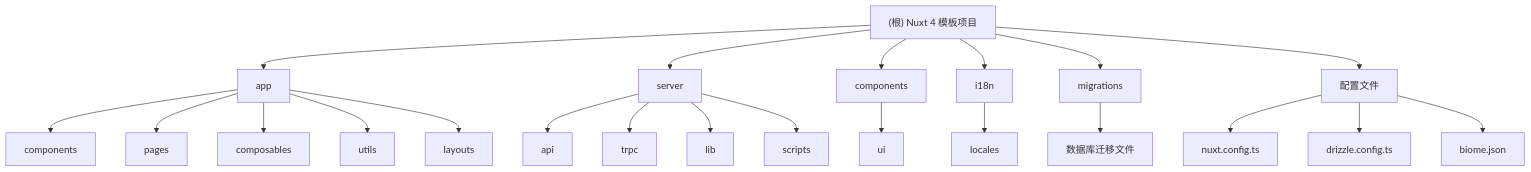
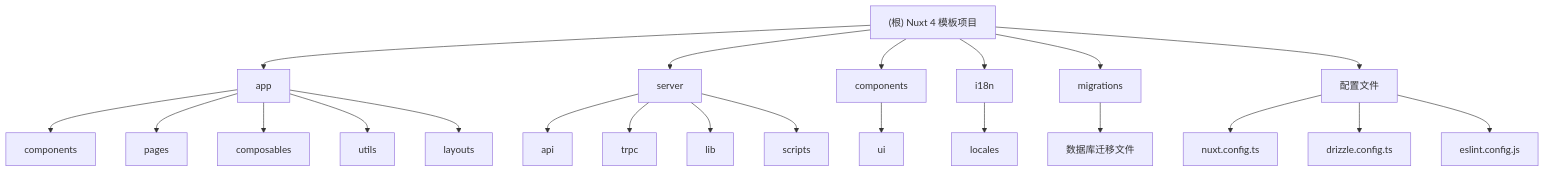
Before and after one commit to IceHugh/nuxt-template: the diagram in CLAUDE.md, drawn with Mermaid. The commit also changed other lines of this file, not shown here.

````diff
--- a/CLAUDE.md
+++ b/CLAUDE.md
@@ -31,36 +31,36 @@
 ```mermaid
 graph TD
     A["(根) Nuxt 4 模板项目"] --> B["app"]
     A --> C["server"]
     A --> D["components"]
     A --> E["i18n"]
     A --> F["migrations"]
     A --> G["配置文件"]
 
     B --> B1["components"];
     B --> B2["pages"];
     B --> B3["composables"];
     B --> B4["utils"];
     B --> B5["layouts"];
 
     C --> C1["api"];
     C --> C2["trpc"];
     C --> C3["lib"];
     C --> C4["scripts"];
 
     D --> D1["ui"];
 
     E --> E1["locales"];
 
     F --> F1["数据库迁移文件"];
 
     G --> G1["nuxt.config.ts"];
     G --> G2["drizzle.config.ts"];
-    G --> G3["biome.json"];
+    G --> G3["eslint.config.js"];
 
     click B "./app/CLAUDE.md" "查看 app 模块文档"
     click C "./server/CLAUDE.md" "查看 server 模块文档"
     click D "./components/CLAUDE.md" "查看 components 模块文档"
     click E "./i18n/CLAUDE.md" "查看 i18n 模块文档"
     click F "./migrations/CLAUDE.md" "查看 migrations 模块文档"
 ```
````
